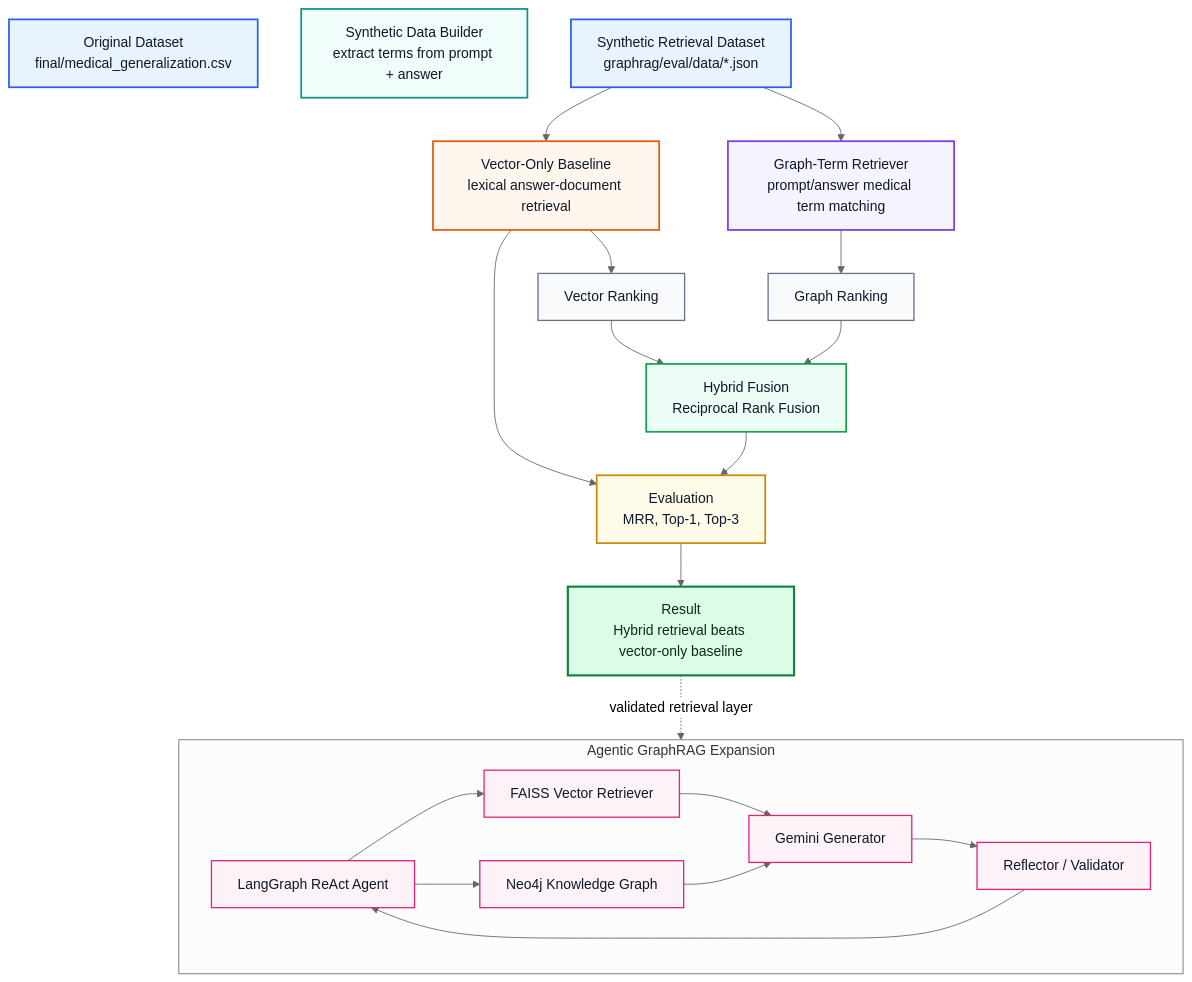
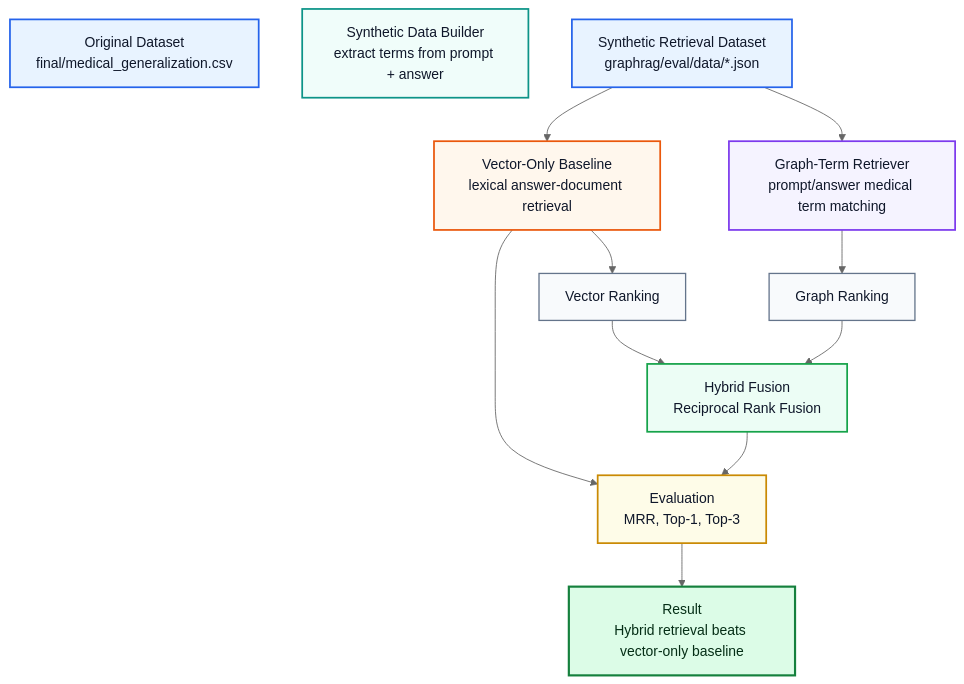
One commit to sherryQQQQ/RAG_Medical_Diagnosis changed the diagram in README.md. Above: the diagram before and after it, drawn with Mermaid (neutral theme). The commit also changed other lines of this file, not shown here.

Commit message:
docs(readme): separate retrieval and agent research

````diff
--- a/README.md
+++ b/README.md
@@ -27,45 +28,28 @@
 ```mermaid
 flowchart TD
     A["Original Dataset<br/>final/medical_generalization.csv"]:::data
     B["Synthetic Data Builder<br/>extract terms from prompt + answer"]:::process
     C["Synthetic Retrieval Dataset<br/>graphrag/eval/data/*.json"]:::data
 
     C --> D["Vector-Only Baseline<br/>lexical answer-document retrieval"]:::baseline
     C --> E["Graph-Term Retriever<br/>prompt/answer medical term matching"]:::graphret
 
     D --> F["Vector Ranking"]:::rank
     E --> G["Graph Ranking"]:::rank
     F --> H["Hybrid Fusion<br/>Reciprocal Rank Fusion"]:::fusion
     G --> H
 
     D --> I["Evaluation<br/>MRR, Top-1, Top-3"]:::eval
     H --> I
 
     I --> J["Result<br/>Hybrid retrieval beats vector-only baseline"]:::result
 
-    subgraph Agentic_Expansion["Agentic GraphRAG Expansion"]
-        K["LangGraph ReAct Agent"]:::agent
-        L["FAISS Vector Retriever"]:::agent
-        M["Neo4j Knowledge Graph"]:::agent
-        N["Gemini Generator"]:::agent
-        O["Reflector / Validator"]:::agent
-        K --> L
-        K --> M
-        L --> N
-        M --> N
-        N --> O
-        O --> K
-    end
-
-    J -. "validated retrieval layer" .-> Agentic_Expansion
-
     classDef data fill:#E8F3FF,stroke:#2563EB,stroke-width:2px,color:#0F172A;
     classDef process fill:#F0FDFA,stroke:#0D9488,stroke-width:2px,color:#0F172A;
     classDef baseline fill:#FFF7ED,stroke:#EA580C,stroke-width:2px,color:#0F172A;
     classDef graphret fill:#F5F3FF,stroke:#7C3AED,stroke-width:2px,color:#0F172A;
     classDef rank fill:#F8FAFC,stroke:#64748B,stroke-width:1.5px,color:#0F172A;
     classDef fusion fill:#ECFDF5,stroke:#16A34A,stroke-width:2px,color:#0F172A;
     classDef eval fill:#FEFCE8,stroke:#CA8A04,stroke-width:2px,color:#0F172A;
     classDef result fill:#DCFCE7,stroke:#15803D,stroke-width:2.5px,color:#052E16;
-    classDef agent fill:#FDF2F8,stroke:#DB2777,stroke-width:1.5px,color:#0F172A;
 ```
````
